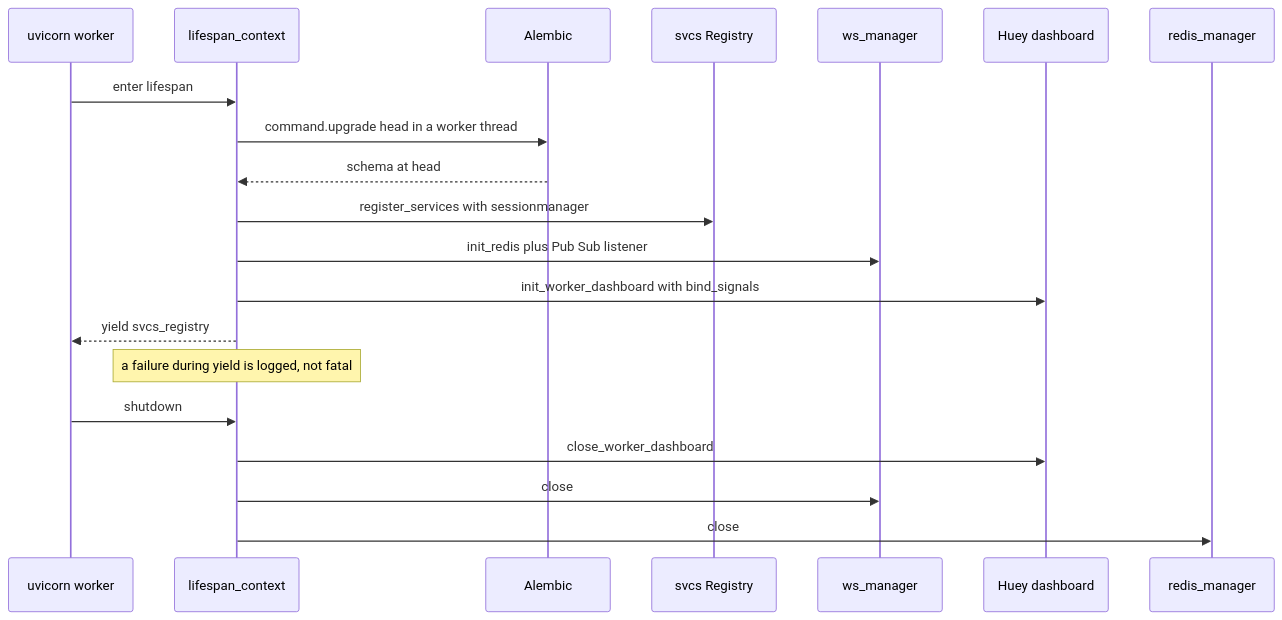
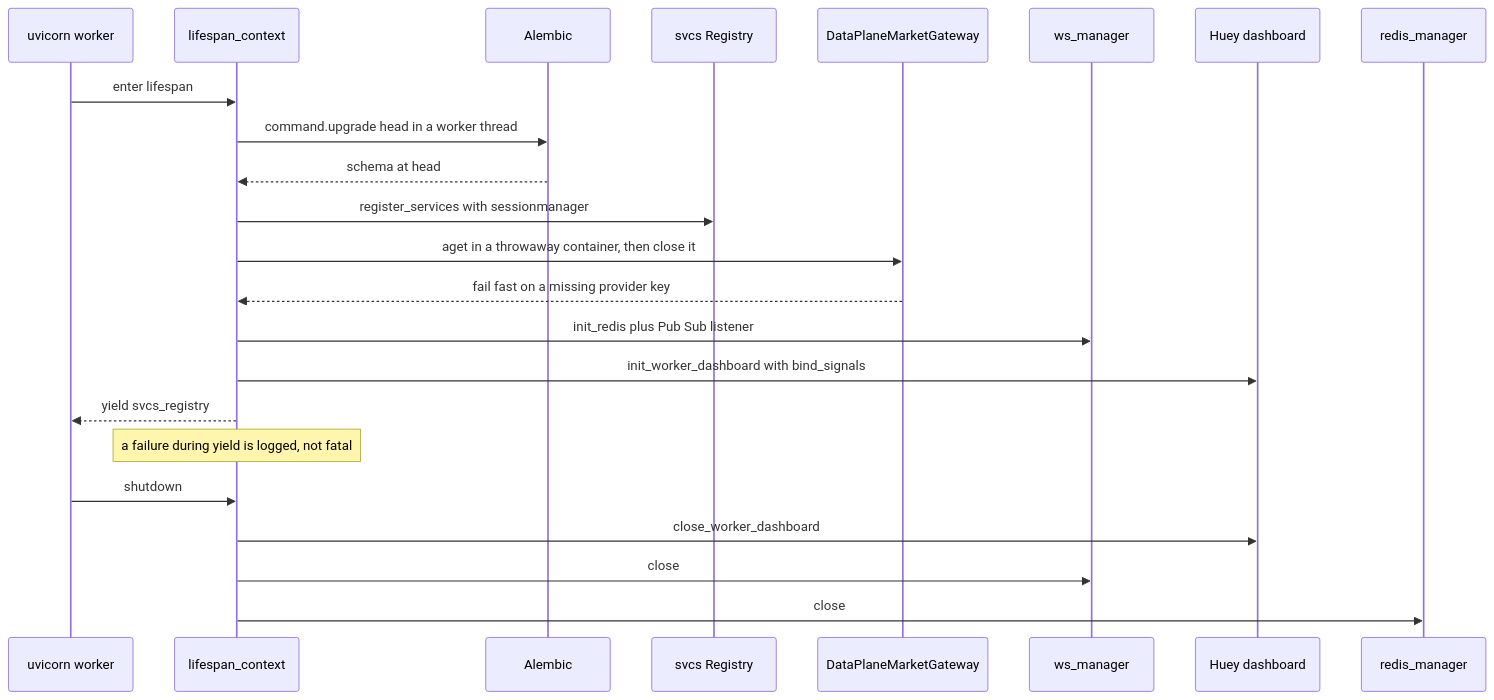
Before and after one commit to havekes/retail-portfolio: the second of 3 diagrams in openwiki/architecture/overview.md, drawn with Mermaid. The commit also changed other lines of this file and 57 other files, not shown here.

````diff
--- a/openwiki/architecture/overview.md
+++ b/openwiki/architecture/overview.md
@@ -174,23 +220,26 @@
 ```mermaid
 sequenceDiagram
     participant U as uvicorn worker
     participant L as lifespan_context
     participant A as Alembic
     participant R as svcs Registry
+    participant G as DataPlaneMarketGateway
     participant W as ws_manager
     participant D as Huey dashboard
     participant M as redis_manager
 
     U->>L: enter lifespan
     L->>A: command.upgrade head in a worker thread
     A-->>L: schema at head
     L->>R: register_services with sessionmanager
+    L->>G: aget in a throwaway container, then close it
+    G-->>L: fail fast on a missing provider key
     L->>W: init_redis plus Pub Sub listener
     L->>D: init_worker_dashboard with bind_signals
     L-->>U: yield svcs_registry
     Note over L: a failure during yield is logged, not fatal
     U->>L: shutdown
     L->>D: close_worker_dashboard
     L->>W: close
     L->>M: close
 ```
````
